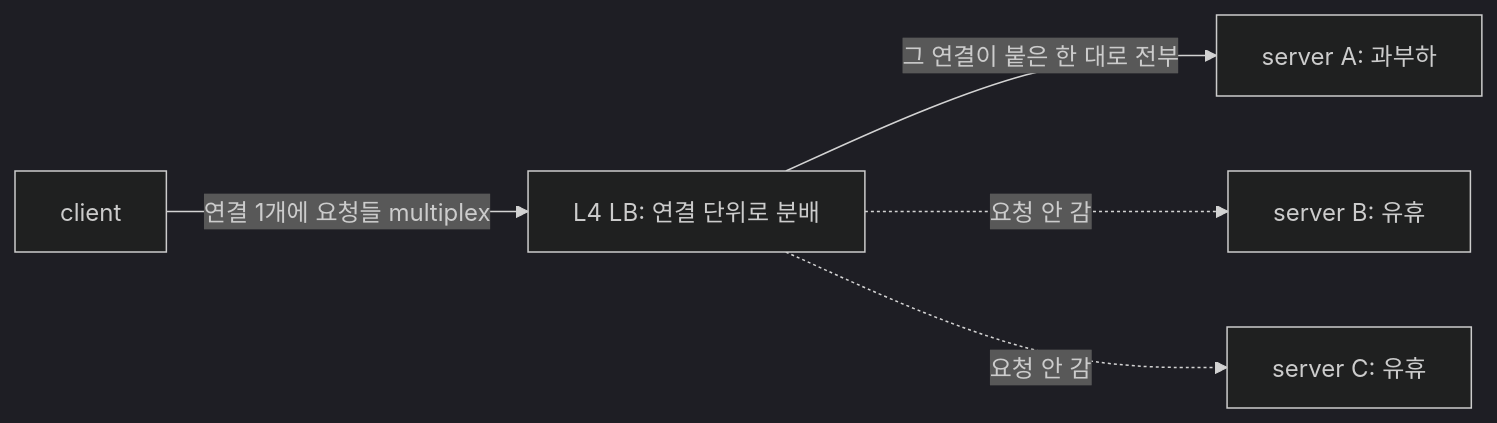
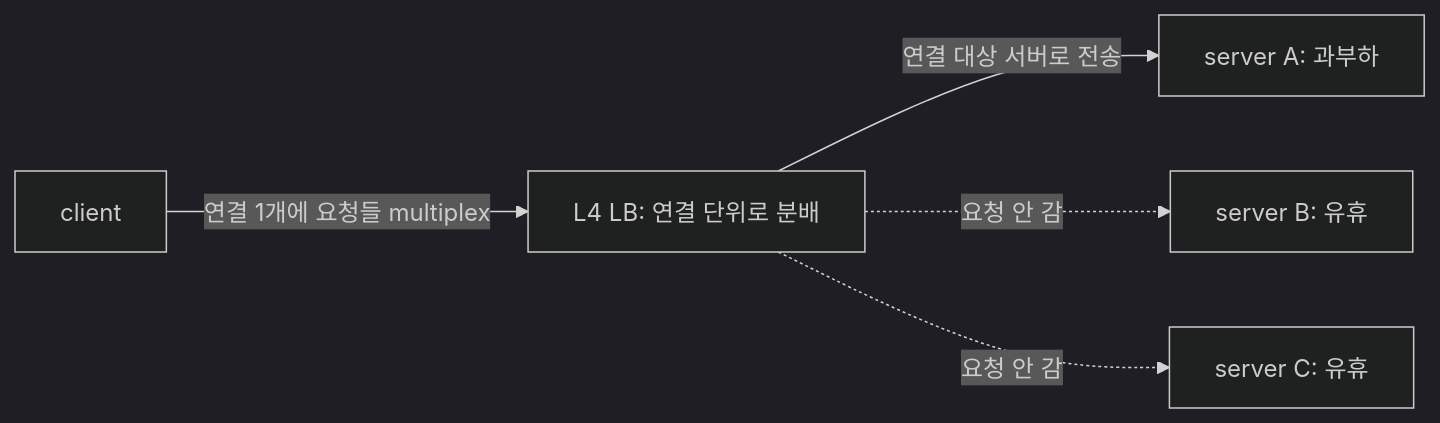
One commit to kairos-code-dev/zlink changed the first of 2 diagrams in framework/doc/framework/cpp/guide/16-grpc-alternative.ko.md. Above: the diagram before and after it, drawn with Mermaid (dark theme). The commit also changed other lines of this file and 93 other files, not shown here.

````diff
--- a/framework/doc/framework/cpp/guide/16-grpc-alternative.ko.md
+++ b/framework/doc/framework/cpp/guide/16-grpc-alternative.ko.md
@@ -117,7 +111,7 @@
 ```mermaid
 flowchart LR
   C["client"] -->|"연결 1개에 요청들 multiplex"| L4["L4 LB: 연결 단위로 분배"]
-  L4 -->|"그 연결이 붙은 한 대로 전부"| A["server A: 과부하"]
+  L4 -->|"연결 대상 서버로 전송"| A["server A: 과부하"]
   L4 -.->|"요청 안 감"| B["server B: 유휴"]
   L4 -.->|"요청 안 감"| D["server C: 유휴"]
 ```
````
